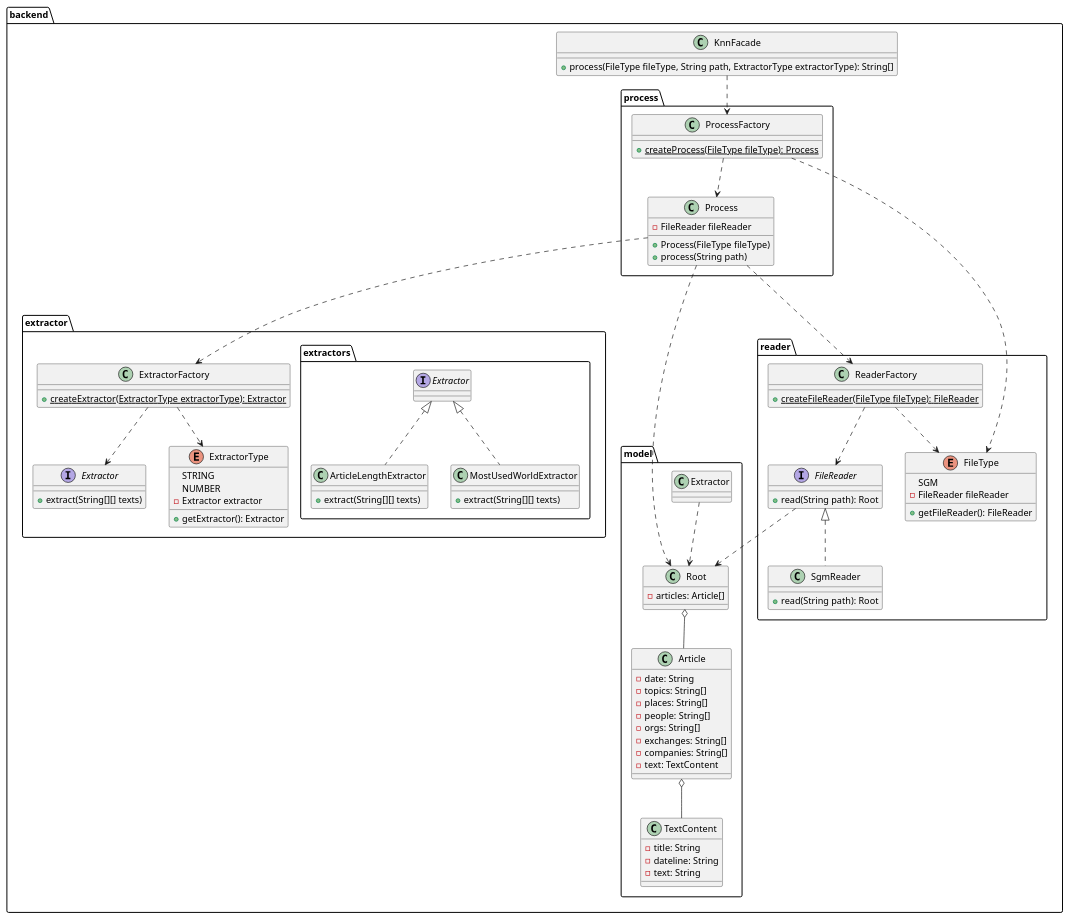
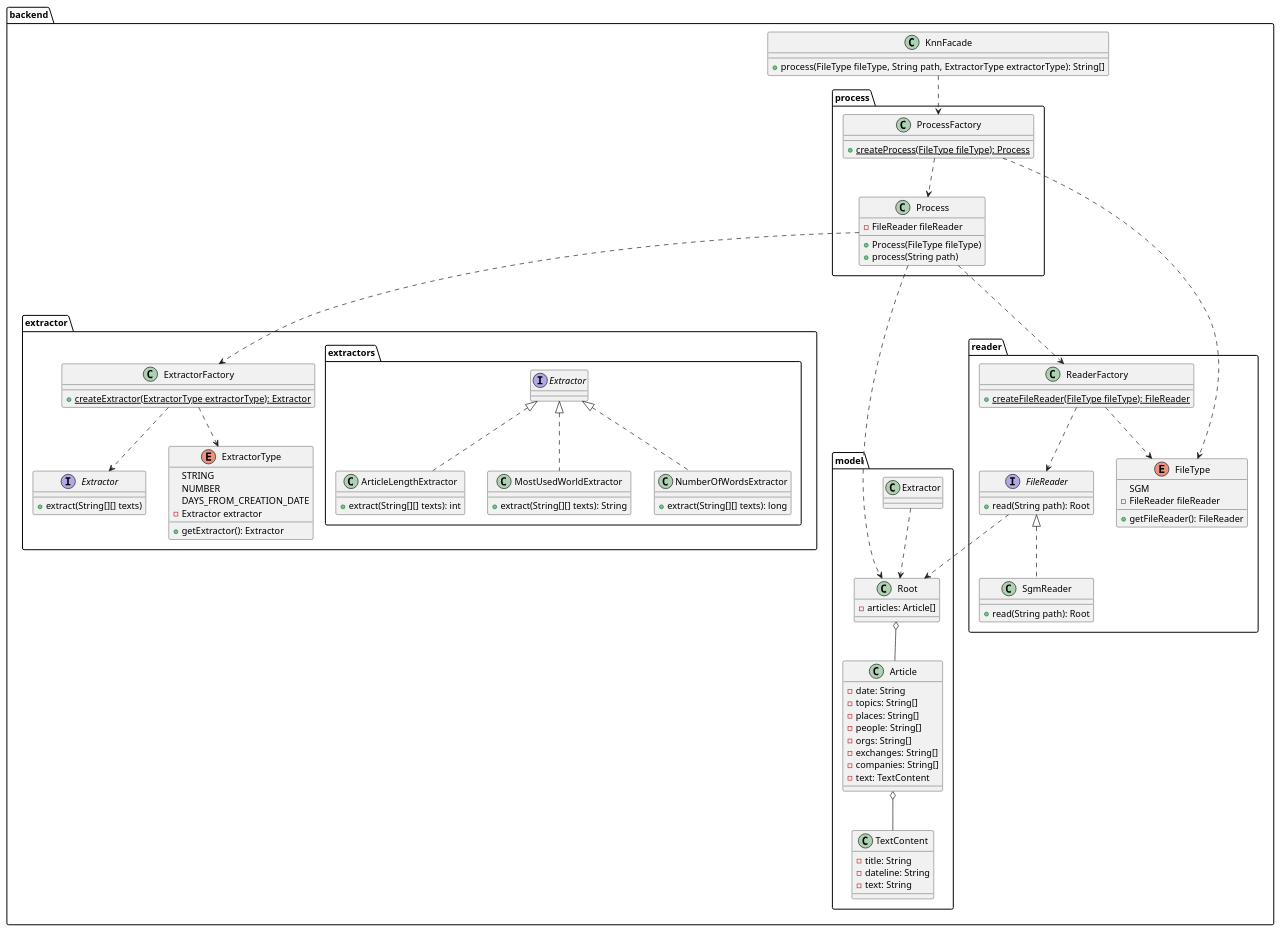
One commit to kambed/Computer-Recognition-Systems changed the second of 2 diagrams in README.md. Above: the diagram before and after it, drawn with PlantUML. The commit also changed other lines of this file and 5 other files, not shown here.

Commit message:
DaysFromCreationDate with adapter

```diff
--- a/README.md
+++ b/README.md
@@ -59,10 +60,13 @@
         }
         package extractors {
             class ArticleLengthExtractor implements Extractor {
-                + extract(String[][] texts)
+                + extract(String[][] texts): int
             }
             class MostUsedWorldExtractor implements Extractor {
-                + extract(String[][] texts)
+                + extract(String[][] texts): String
+            }
+            class NumberOfWordsExtractor implements Extractor {
+                + extract(String[][] texts): long
             }
         }
         class ExtractorFactory {
@@ -71,6 +75,7 @@
         enum ExtractorType {
             STRING
             NUMBER
+            DAYS_FROM_CREATION_DATE
             - Extractor extractor
             + getExtractor(): Extractor
         }
```
